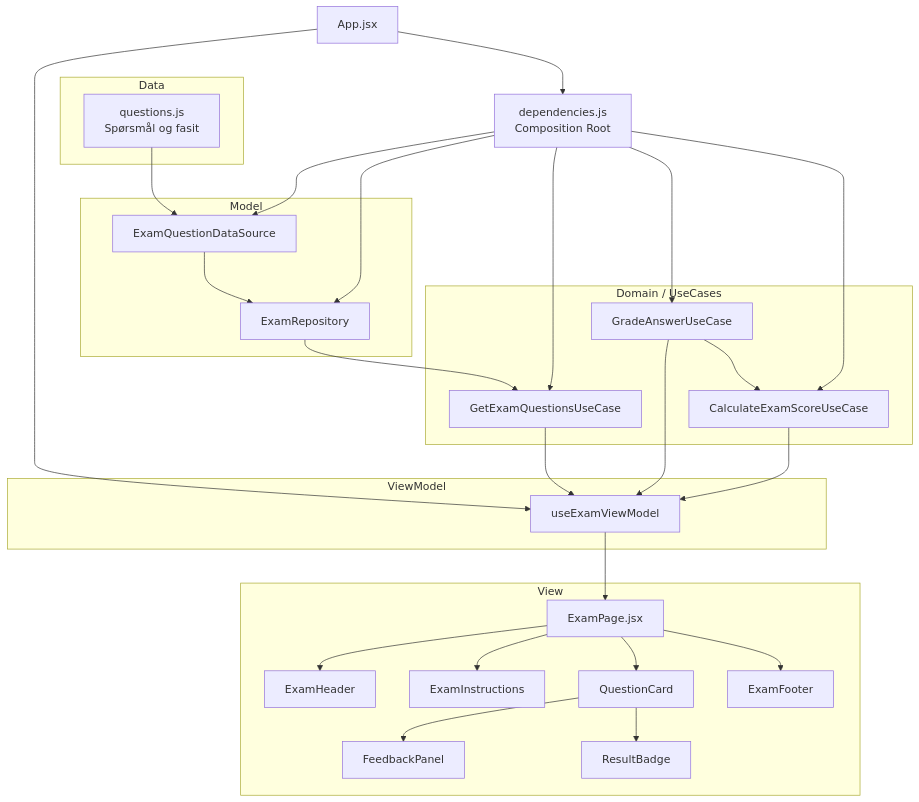
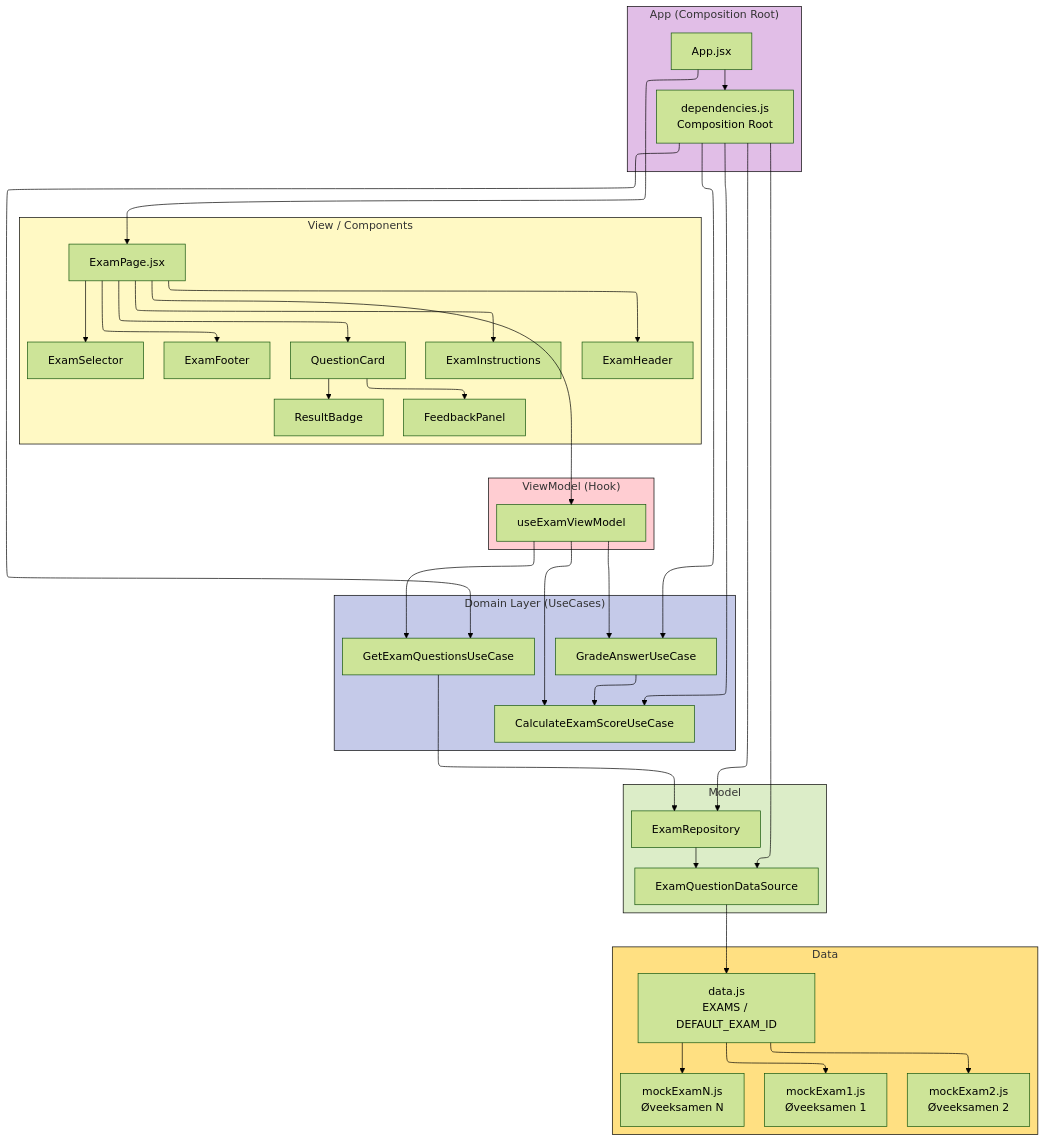
Before and after one commit to FredrikVE/ExamPrepper: the diagram in README.md, drawn with Mermaid. The commit also changed other lines of this file and 2 other files, not shown here.

````diff
--- a/README.md
+++ b/README.md
@@ -108,61 +152,141 @@
 ```mermaid
+---
+config:
+  layout: elk
+  elk:
+    mergeEdges: false
+    nodePlacementStrategy: NETWORK_SIMPLEX
+    cycleBreakingStrategy: DEPTH_FIRST
+    edgeRouting: ORTHOGONAL
+  theme: forest
+---
 flowchart TB
 
-    App["App.jsx"]
-    DI["dependencies.js<br/>Composition Root"]
+%% =========================
+%% APP LAYER (COMPOSITION ROOT)
+%% =========================
+subgraph AppLayer["App (Composition Root)"]
+	App["App.jsx"]
+	DI["dependencies.js<br/>Composition Root"]
+end
 
-    subgraph Data["Data"]
-        Questions["questions.js<br/>Spørsmål og fasit"]
-    end
+%% =========================
+%% DATA
+%% =========================
+subgraph Data["Data"]
+	DataRegistry["data.js<br/>EXAMS / DEFAULT_EXAM_ID"]
+	MockExam1["mockExam1.js<br/>Øveeksamen 1"]
+	MockExam2["mockExam2.js<br/>Øveeksamen 2"]
+	MockExamN["mockExamN.js<br/>Øveeksamen N"]
+end
 
-    subgraph Model["Model"]
-        DS["ExamQuestionDataSource"]
-        Repo["ExamRepository"]
-    end
+%% =========================
+%% MODEL
+%% =========================
+subgraph Model["Model"]
+	DS["ExamQuestionDataSource"]
+	Repo["ExamRepository"]
+end
 
-    subgraph Domain["Domain / UseCases"]
-        GetQuestions["GetExamQuestionsUseCase"]
-        GradeAnswer["GradeAnswerUseCase"]
-        CalculateScore["CalculateExamScoreUseCase"]
-    end
+%% =========================
+%% DOMAIN / USECASES
+%% =========================
+subgraph Domain["Domain Layer (UseCases)"]
+	GetQuestions["GetExamQuestionsUseCase"]
+	GradeAnswer["GradeAnswerUseCase"]
+	CalculateScore["CalculateExamScoreUseCase"]
+end
 
-    subgraph ViewModel["ViewModel"]
-        ExamVM["useExamViewModel"]
-    end
+%% =========================
+%% VIEWMODEL (MVVM)
+%% =========================
+subgraph ViewModel["ViewModel (Hook)"]
+	ExamVM["useExamViewModel"]
+end
 
-    subgraph View["View"]
-        ExamPage["ExamPage.jsx"]
-        Header["ExamHeader"]
-        Instructions["ExamInstructions"]
-        QuestionCard["QuestionCard"]
-        Feedback["FeedbackPanel"]
-        Badge["ResultBadge"]
-        Footer["ExamFooter"]
-    end
+%% =========================
+%% VIEW
+%% =========================
+subgraph View["View / Components"]
+	ExamPage["ExamPage.jsx"]
+	Header["ExamHeader"]
+	Instructions["ExamInstructions"]
+	ExamSelector["ExamSelector"]
+	QuestionCard["QuestionCard"]
+	Feedback["FeedbackPanel"]
+	Badge["ResultBadge"]
+	Footer["ExamFooter"]
+end
 
-    Questions --> DS
-    DS --> Repo
-    Repo --> GetQuestions
-    GradeAnswer --> CalculateScore
+%% =========================
+%% APP CONNECTIONS
+%% =========================
+App --> DI
+App --> ExamPage
 
-    DI --> DS
-    DI --> Repo
-    DI --> GetQuestions
-    DI --> GradeAnswer
-    DI --> CalculateScore
+%% =========================
+%% COMPOSITION ROOT → DEPENDENCIES
+%% =========================
+DI --> DS
+DI --> Repo
+DI --> GetQuestions
+DI --> GradeAnswer
+DI --> CalculateScore
 
-    App --> DI
-    App --> ExamVM
+%% =========================
+%% DATA REGISTRY
+%% =========================
+DataRegistry --> MockExam1
+DataRegistry --> MockExam2
+DataRegistry --> MockExamN
 
-    GetQuestions --> ExamVM
-    GradeAnswer --> ExamVM
-    CalculateScore --> ExamVM
+%% =========================
+%% MODEL → DATA
+%% =========================
+DS --> DataRegistry
+Repo --> DS
 
-    ExamVM --> ExamPage
-    ExamPage --> Header
-    ExamPage --> Instructions
-    ExamPage --> QuestionCard
-    QuestionCard --> Feedback
-    QuestionCard --> Badge
-    ExamPage --> Footer
+%% =========================
+%% DOMAIN → MODEL
+%% =========================
+GetQuestions --> Repo
+
+%% =========================
+%% VIEWMODEL → DOMAIN
+%% =========================
+ExamVM --> GetQuestions
+ExamVM --> GradeAnswer
+ExamVM --> CalculateScore
+
+%% =========================
+%% DOMAIN INTERNAL FLOW
+%% =========================
+GradeAnswer --> CalculateScore
+
+%% =========================
+%% VIEW → VIEWMODEL
+%% =========================
+ExamPage --> ExamVM
+
+%% =========================
+%% VIEW COMPOSITION
+%% =========================
+ExamPage --> Header
+ExamPage --> Instructions
+ExamPage --> ExamSelector
+ExamPage --> QuestionCard
+ExamPage --> Footer
+
+QuestionCard --> Feedback
+QuestionCard --> Badge
+
+%% =========================
+%% STYLING
+%% =========================
+style AppLayer stroke:#000000,fill:#E1BEE7
+style Data stroke:#000000,fill:#FFE082
+style Model stroke:#000000,fill:#DCEDC8
+style Domain stroke:#000000,fill:#C5CAE9
+style ViewModel stroke:#000000,fill:#FFCDD2
+style View stroke:#000000,fill:#FFF9C4
 ```
````
